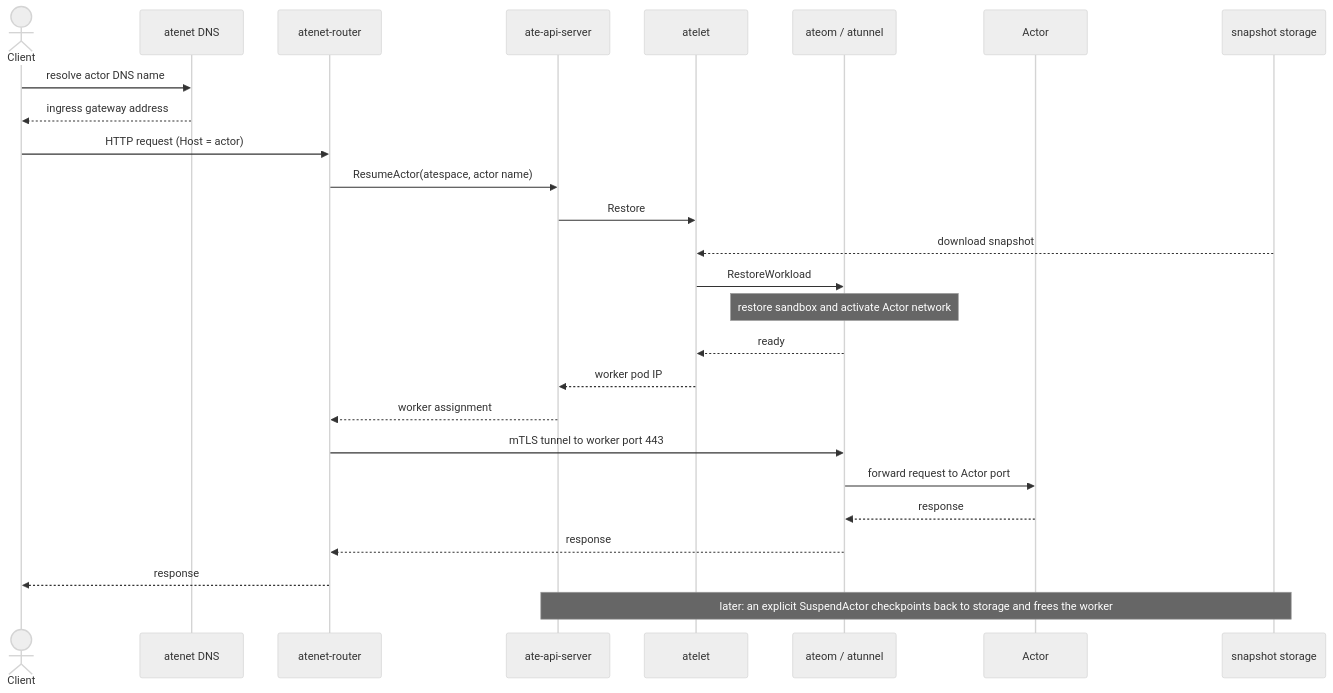
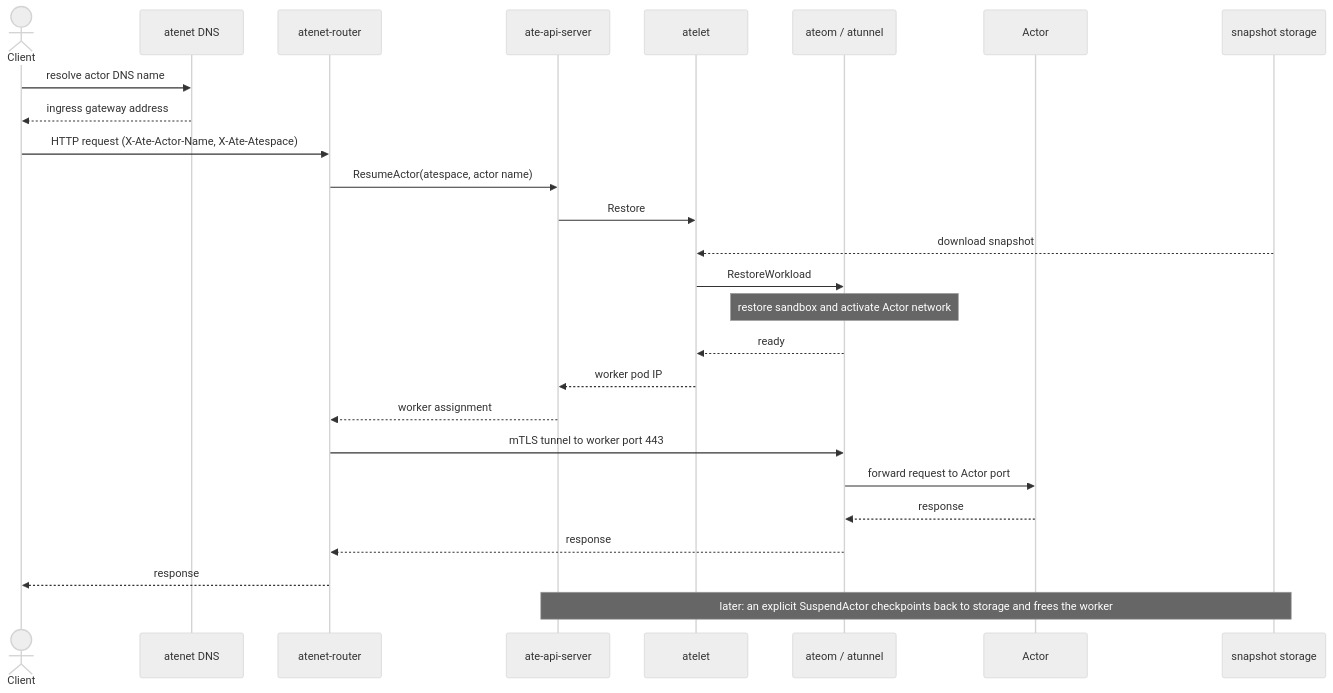
The second of 3 diagrams in docs/architecture.md (agent-substrate/substrate), drawn with Mermaid (neutral theme) before and after one commit. The commit also changed other lines of this file and 37 other files, not shown here.

Commit message:
Move from Host header to explicit headers for actor and atespace

````diff
--- a/docs/architecture.md
+++ b/docs/architecture.md
@@ -368,29 +370,29 @@
 ```mermaid
 sequenceDiagram
     actor Client
     participant DNS as atenet DNS
     participant Gateway as atenet-router
     participant API as ate-api-server
     participant Atelet as atelet
     participant Tunnel as ateom / atunnel
     participant A as Actor
     participant Store as snapshot storage
 
     Client->>DNS: resolve actor DNS name
     DNS-->>Client: ingress gateway address
-    Client->>Gateway: HTTP request (Host = actor)
+    Client->>Gateway: HTTP request (X-Ate-Actor-Name, X-Ate-Atespace)
     Gateway->>API: ResumeActor(atespace, actor name)
     API->>Atelet: Restore
     Store-->>Atelet: download snapshot
     Atelet->>Tunnel: RestoreWorkload
     Note over Tunnel: restore sandbox and activate Actor network
     Tunnel-->>Atelet: ready
     Atelet-->>API: worker pod IP
     API-->>Gateway: worker assignment
     Gateway->>Tunnel: mTLS tunnel to worker port 443
     Tunnel->>A: forward request to Actor port
     A-->>Tunnel: response
     Tunnel-->>Gateway: response
     Gateway-->>Client: response
     Note over API,Store: later: an explicit SuspendActor checkpoints back to storage and frees the worker
 ```
````
